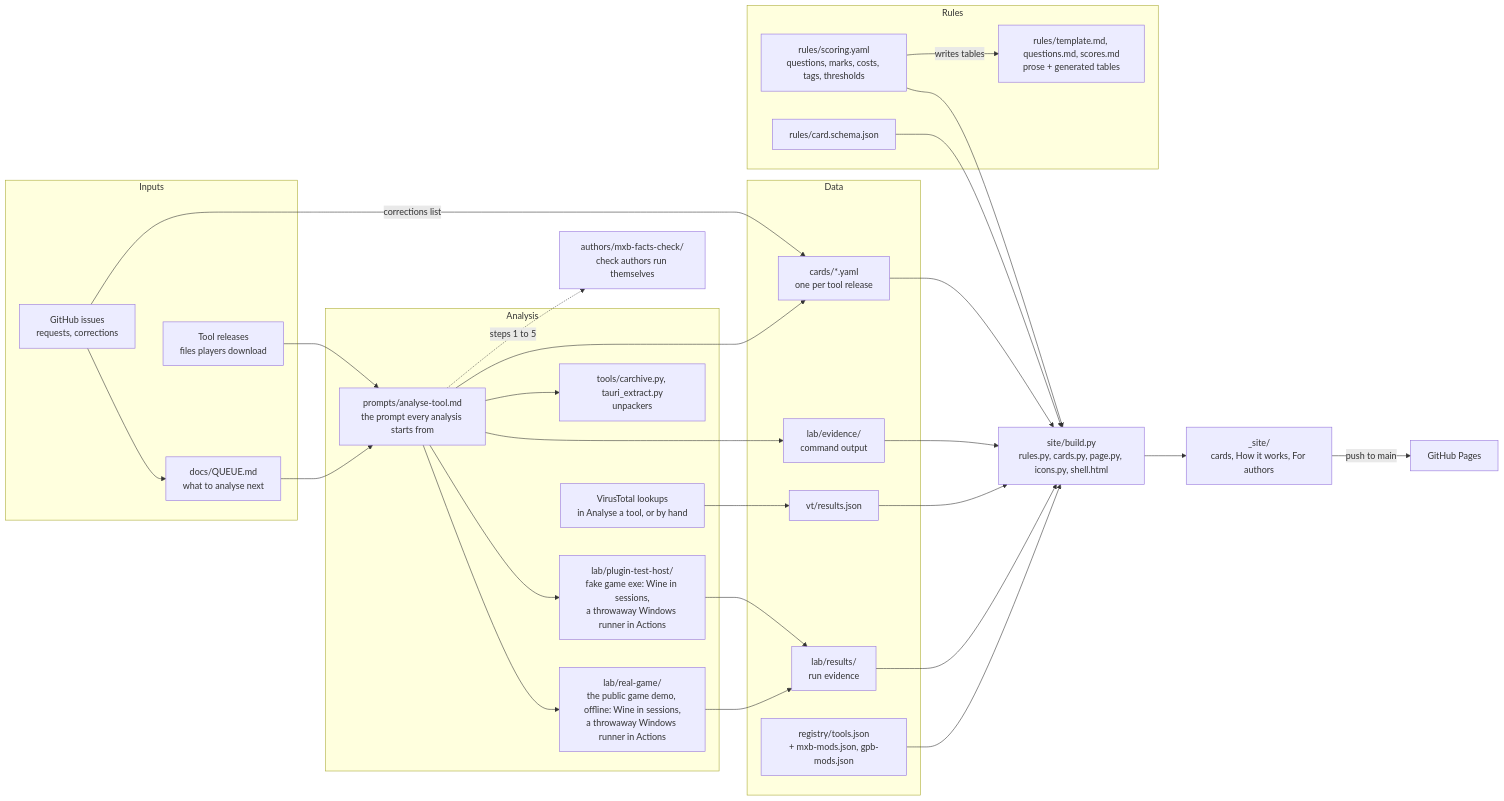
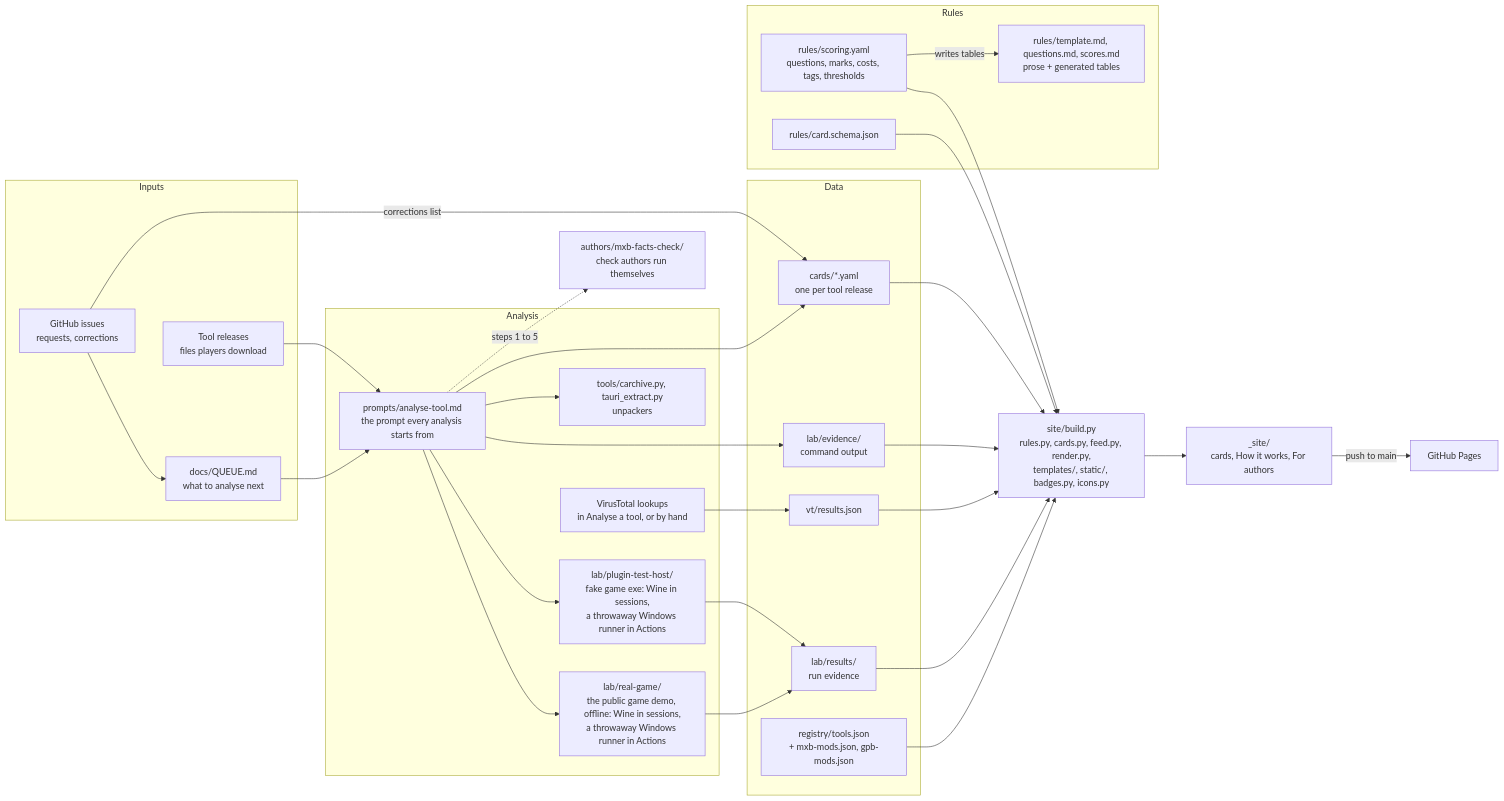
The diagram in docs/DEVELOPING.md (thomas4f/mxb-facts), drawn with Mermaid before and after one commit. The commit also changed other lines of this file and 64 other files, not shown here.

First line of the commit message:
Build every page from the data feed, and check the built site in CI

````diff
--- a/docs/DEVELOPING.md
+++ b/docs/DEVELOPING.md
@@ -7,55 +7,55 @@
 ```mermaid
 flowchart LR
   subgraph In["Inputs"]
     Q["docs/QUEUE.md<br/>what to analyse next"]
     I["GitHub issues<br/>requests, corrections"]
     R["Tool releases<br/>files players download"]
   end
 
   subgraph Analyse["Analysis"]
     P["prompts/analyse-tool.md<br/>the prompt every analysis starts from"]
     RG["lab/real-game/<br/>the public game demo, offline: Wine in sessions,<br/>a throwaway Windows runner in Actions"]
     L["lab/plugin-test-host/<br/>fake game exe: Wine in sessions,<br/>a throwaway Windows runner in Actions"]
     U["tools/carchive.py, tauri_extract.py<br/>unpackers"]
     VT["VirusTotal lookups<br/>in Analyse a tool, or by hand"]
   end
 
   subgraph Data["Data"]
     C["cards/*.yaml<br/>one per tool release"]
     LR["lab/results/<br/>run evidence"]
     EV["lab/evidence/<br/>command output"]
     V["vt/results.json"]
     REG["registry/tools.json<br/>+ mxb-mods.json, gpb-mods.json"]
   end
 
   subgraph Rules["Rules"]
     S["rules/scoring.yaml<br/>questions, marks, costs, tags, thresholds"]
     SC["rules/card.schema.json"]
     T["rules/template.md, questions.md, scores.md<br/>prose + generated tables"]
   end
 
-  B["site/build.py<br/>rules.py, cards.py, page.py, icons.py, shell.html"]
+  B["site/build.py<br/>rules.py, cards.py, feed.py, render.py,<br/>templates/, static/, badges.py, icons.py"]
   O["_site/<br/>cards, How it works, For authors"]
   GP["GitHub Pages"]
   A["authors/mxb-facts-check/<br/>check authors run themselves"]
 
   Q --> P
   I --> Q
   I -->|corrections list| C
   R --> P
   P --> RG --> LR
   P --> L --> LR
   P --> EV --> B
   P --> U
   P --> C
   VT --> V
   S --> B
   SC --> B
   S -->|writes tables| T
   C --> B
   LR --> B
   V --> B
   REG --> B
   B --> O -->|push to main| GP
   P -. steps 1 to 5 .-> A
 ```
````
